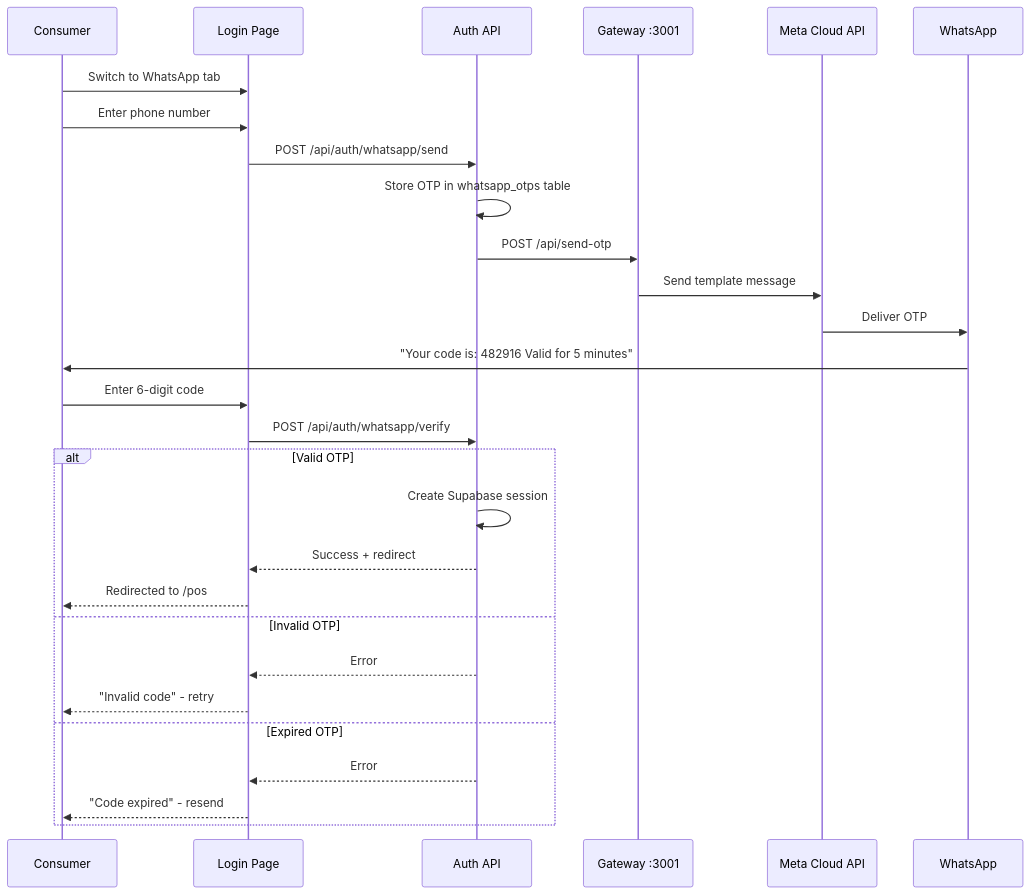
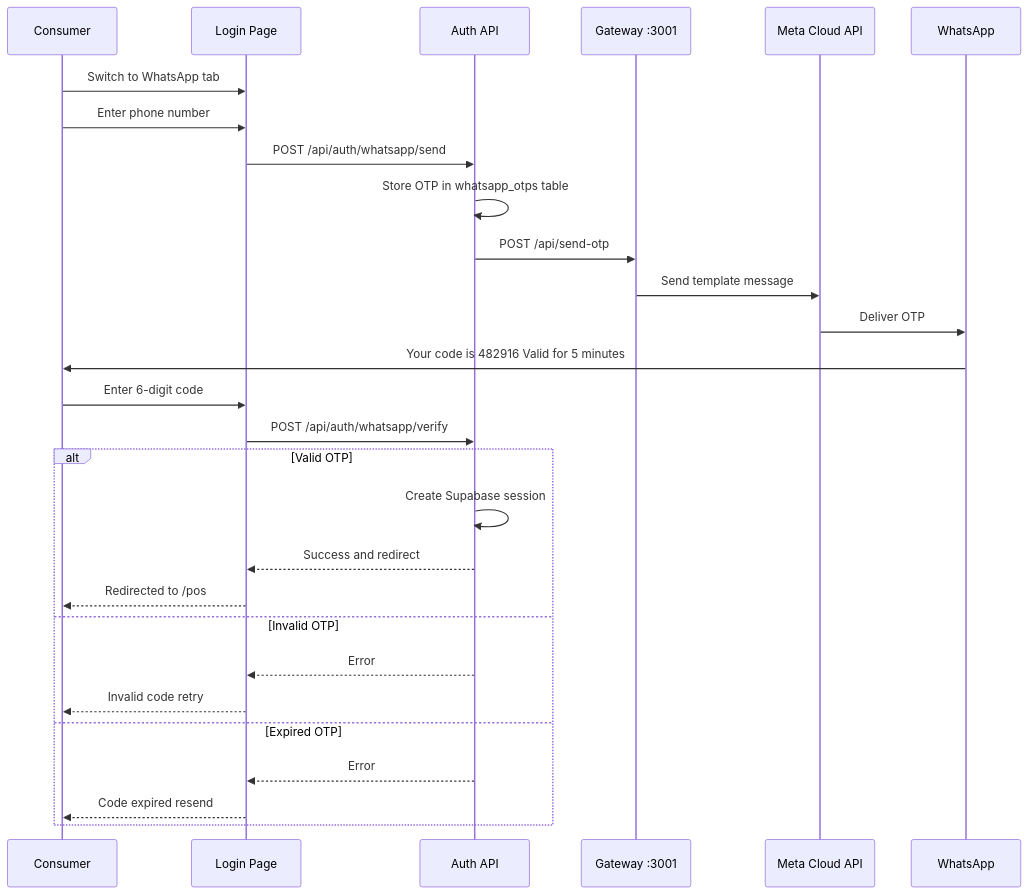
Before and after one commit to gstposbhutan/edgePOS: the ninth of 16 diagrams in docs/USER_FLOWS.md, drawn with Mermaid. The commit also changed other lines of this file, not shown here.

First line of the commit message:
fix: escape special characters in Mermaid diagrams for VS Code rendering

````diff
--- a/docs/USER_FLOWS.md
+++ b/docs/USER_FLOWS.md
@@ -371,33 +371,33 @@
 ```mermaid
 sequenceDiagram
     participant C as Consumer
     participant APP as Login Page
     participant API as Auth API
     participant GW as Gateway :3001
     participant META as Meta Cloud API
     participant WA as WhatsApp
 
     C->>APP: Switch to WhatsApp tab
     C->>APP: Enter phone number
     APP->>API: POST /api/auth/whatsapp/send
     API->>API: Store OTP in whatsapp_otps table
     API->>GW: POST /api/send-otp
     GW->>META: Send template message
     META->>WA: Deliver OTP
-    WA->>C: "Your code is: 482916 Valid for 5 minutes"
+    WA->>C: Your code is 482916 Valid for 5 minutes
     
     C->>APP: Enter 6-digit code
     APP->>API: POST /api/auth/whatsapp/verify
     
     alt Valid OTP
         API->>API: Create Supabase session
-        API-->>APP: Success + redirect
+        API-->>APP: Success and redirect
         APP-->>C: Redirected to /pos
     else Invalid OTP
         API-->>APP: Error
-        APP-->>C: "Invalid code" - retry
+        APP-->>C: Invalid code retry
     else Expired OTP
         API-->>APP: Error
-        APP-->>C: "Code expired" - resend
+        APP-->>C: Code expired resend
     end
 ```
````
